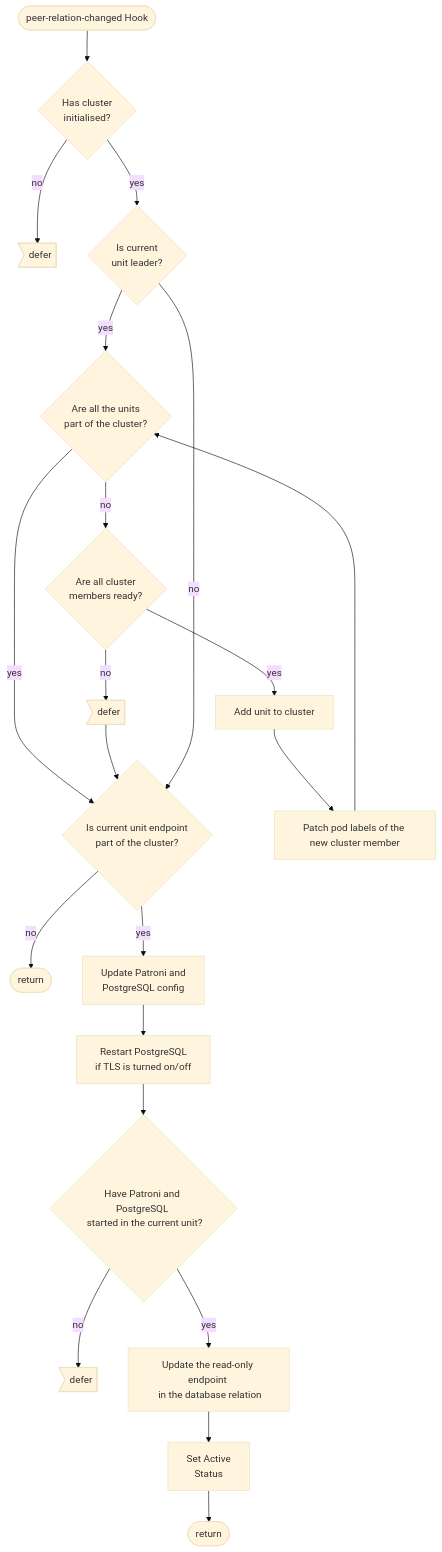
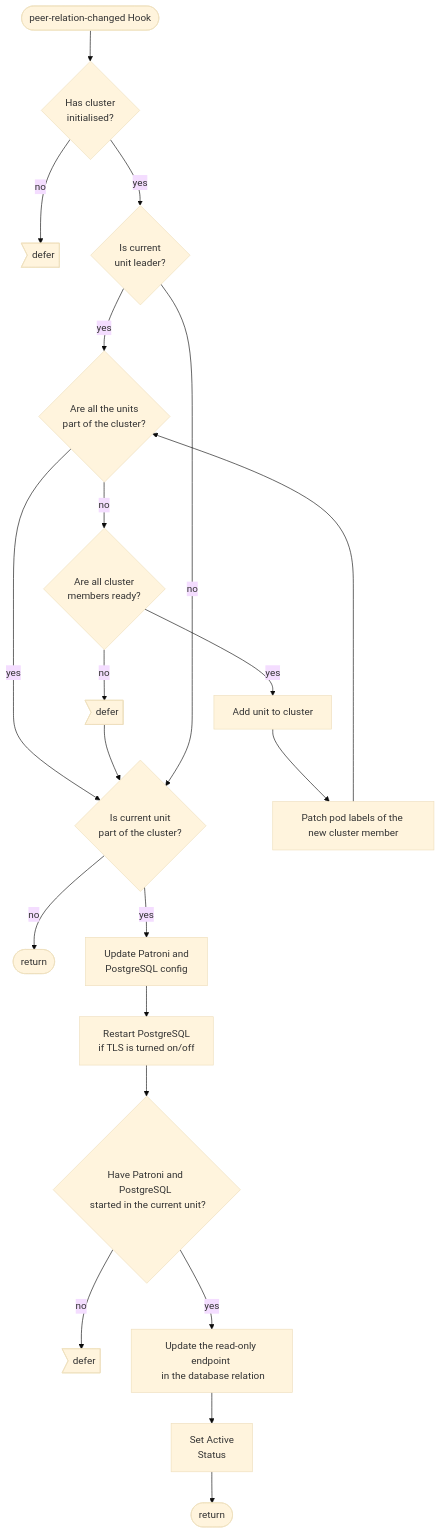
The first of 2 diagrams in documentation/reference/relations/peers.md (canonical/postgresql-k8s-operator), drawn with Mermaid (base theme) before and after one commit.

Commit message:
Fix flowchart

````diff
--- a/documentation/reference/relations/peers.md
+++ b/documentation/reference/relations/peers.md
@@ -15,29 +15,29 @@
 ```mermaid
 flowchart TD
   hook_fired([peer-relation-changed Hook]) --> has_cluster_initialised{Has cluster\n initialised?}
   has_cluster_initialised -- no --> defer>defer]
   has_cluster_initialised -- yes --> is_leader{Is current\nunit leader?}
   is_leader -- yes --> all_units_on_cluster{Are all the units \n part of the cluster?}
   all_units_on_cluster -- yes --> is_part_of_cluster
   all_units_on_cluster -- no --> are_all_members_ready{Are all cluster \n members ready?}
   
   %% This defer should have a return after it to stop the execution.
   are_all_members_ready -- no --> defer2>defer]
   defer2 --> is_part_of_cluster
   
   are_all_members_ready -- yes --> add_unit_to_cluster[Add unit to cluster]
   add_unit_to_cluster --> patch_pod_labels[Patch pod labels of the new cluster member]
   patch_pod_labels --> all_units_on_cluster
-  is_leader -- no --> is_part_of_cluster{Is current unit endpoint \n part of the cluster?}
+  is_leader -- no --> is_part_of_cluster{Is current unit \n part of the cluster?}
   is_part_of_cluster -- no --> rtn([return])
   is_part_of_cluster -- yes --> update_config[Update Patroni and \n PostgreSQL config \n]
   update_config --> restart_postgresql[Restart PostgreSQL \n if TLS is turned on/off]
   restart_postgresql --> has_member_started{Have Patroni and PostgreSQL \n started in the current unit?}
   has_member_started -- no --> defer3>defer]
   
   %% Here also the legacy relations' standby field should be updated.
   has_member_started -- yes --> update_read_only_endpoint[Update the read-only endpoint \n in the database relation]
   update_read_only_endpoint --> set_active[Set Active\n Status]
   
   set_active --> rtn2([return])
 ```
````
